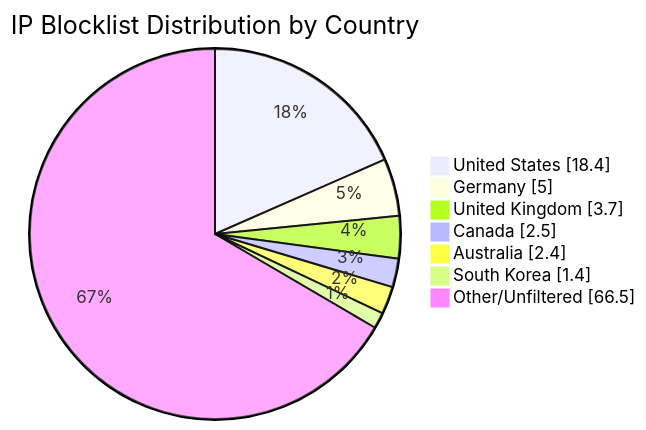
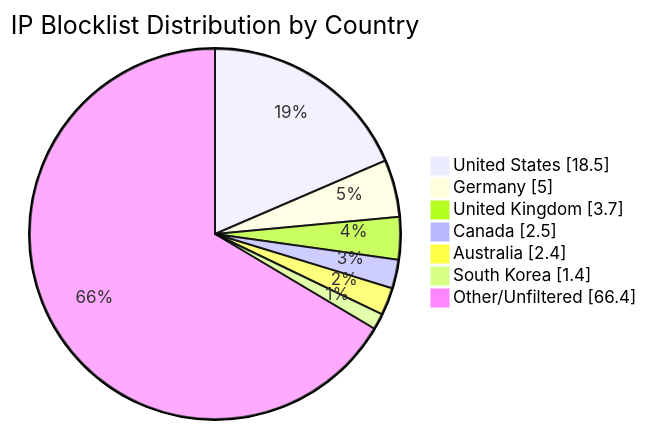
One commit to MarcusHoltz/ipblocklist-geofiltered-aggregator changed the diagram in README.md. Above: the diagram before and after it, drawn with Mermaid. The commit also changed other lines of this file and 9 other files, not shown here.

````diff
--- a/README.md
+++ b/README.md
@@ -34,10 +34,10 @@
 ```mermaid
 pie showData title IP Blocklist Distribution by Country
-"United States" : 18.4
+"United States" : 18.5
 "Germany" : 5.0
 "United Kingdom" : 3.7
 "Canada" : 2.5
 "Australia" : 2.4
 "South Korea" : 1.4
-"Other/Unfiltered" : 66.5
+"Other/Unfiltered" : 66.4
 ```
````
